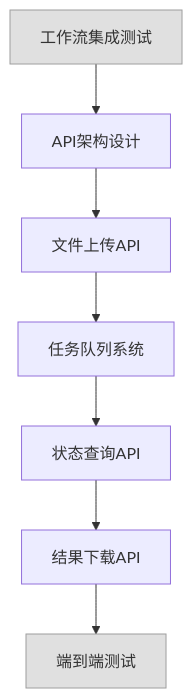
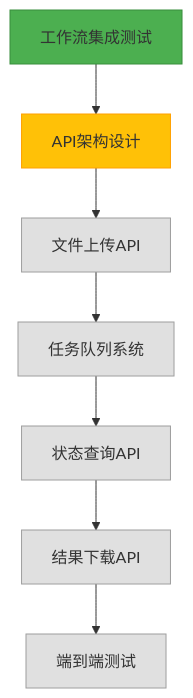
The third of 4 diagrams in docs/plan/开发计划.md (AlanHootman/ppt_assistant), drawn with Mermaid before and after one commit. The commit also changed other lines of this file and 1 other file, not shown here.

````diff
--- a/docs/plan/开发计划.md
+++ b/docs/plan/开发计划.md
@@ -146,12 +140,17 @@
 ```mermaid
 graph TD
     A[工作流集成测试] --> B[API架构设计]
     B --> C[文件上传API]
     C --> D[任务队列系统]
     D --> E[状态查询API]
     E --> F[结果下载API]
     F --> G[端到端测试]
     
-    style A fill:#E0E0E0,stroke:#9E9E9E
+    style A fill:#4CAF50,stroke:#388E3C
+    style B fill:#FFC107,stroke:#FFA000
+    style C fill:#E0E0E0,stroke:#9E9E9E
+    style D fill:#E0E0E0,stroke:#9E9E9E
+    style E fill:#E0E0E0,stroke:#9E9E9E
+    style F fill:#E0E0E0,stroke:#9E9E9E
     style G fill:#E0E0E0,stroke:#9E9E9E
 ```
````
